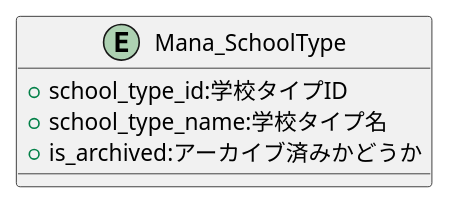
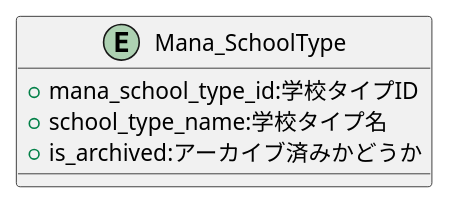
Before and after one commit to popoposorara/ERP_ER: the diagram in Entity/Mana_SchoolType.pu, drawn with PlantUML. The commit also changed 26 other files, not shown here.

```diff
--- a/Entity/Mana_SchoolType.pu
+++ b/Entity/Mana_SchoolType.pu
@@ -1,9 +1,9 @@
 @startuml
 
 entity "Mana_SchoolType" {
-    + school_type_id:学校タイプID
+    + mana_school_type_id:学校タイプID
     + school_type_name:学校タイプ名
     + is_archived:アーカイブ済みかどうか
 }
 
 @enduml
```
